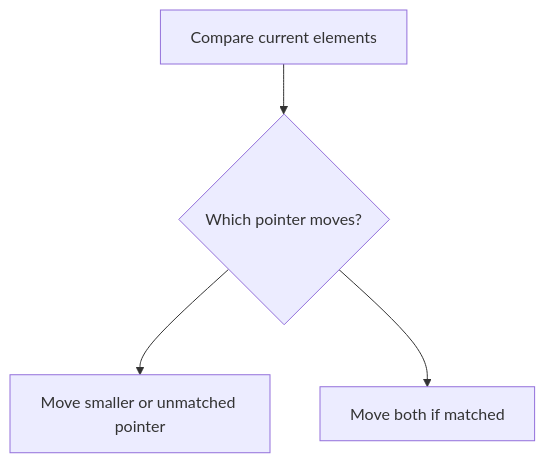
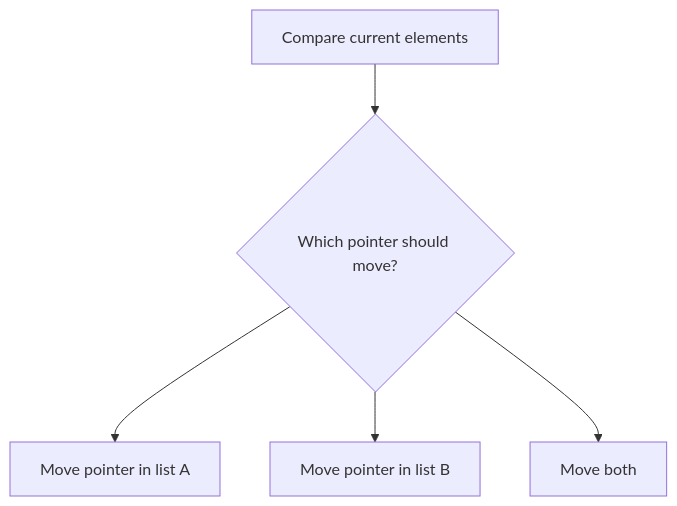
One commit to mthaiseer/springcloud-systemdesign-notes changed the eighth of 36 diagrams in CP_DSA_NOTES/CONCEPT_FRAMEWORK_FORMS_TATICS/two_pointers_sliding_window_playbook.md. Above: the diagram before and after it, drawn with Mermaid. The commit also changed other lines of this file, not shown here.

````diff
--- a/CP_DSA_NOTES/CONCEPT_FRAMEWORK_FORMS_TATICS/two_pointers_sliding_window_playbook.md
+++ b/CP_DSA_NOTES/CONCEPT_FRAMEWORK_FORMS_TATICS/two_pointers_sliding_window_playbook.md
@@ -222,6 +248,7 @@
 ```mermaid
 flowchart TD
-    A["Compare current elements"] --> B{"Which pointer moves?"}
-    B --> C["Move smaller or unmatched pointer"]
-    B --> D["Move both if matched"]
+    A["Compare current elements"] --> B{"Which pointer should move?"}
+    B --> C["Move pointer in list A"]
+    B --> D["Move pointer in list B"]
+    B --> E["Move both"]
 ```
````
